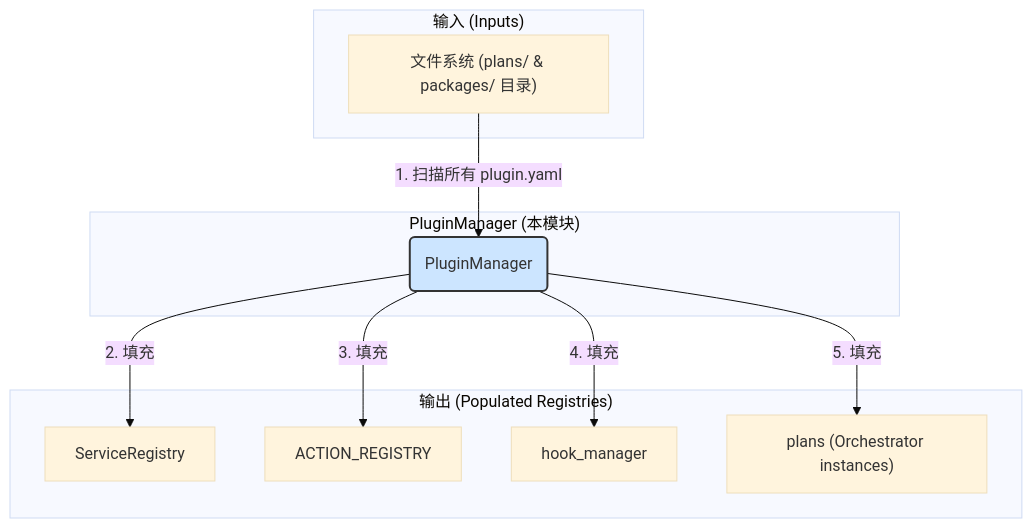
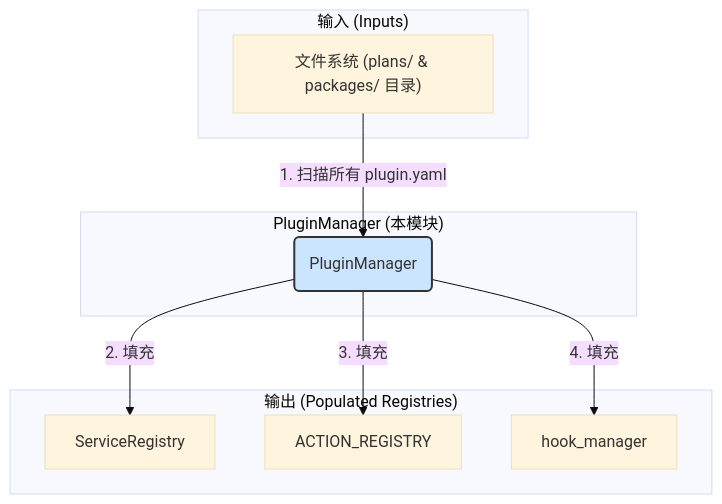
One commit to nightofknife/aura-framework changed the diagram in readme/core_doc/plugin_manager.md. Above: the diagram before and after it, drawn with Mermaid (base theme). The commit also changed other lines of this file and 22 other files, not shown here.

````diff
--- a/readme/core_doc/plugin_manager.md
+++ b/readme/core_doc/plugin_manager.md
@@ -14,25 +16,23 @@
 ```mermaid
 graph TD
     subgraph "输入 (Inputs)"
         A["文件系统 (plans/ & packages/ 目录)"]
     end
 
     subgraph "PluginManager (本模块)"
         PM(PluginManager)
     end
     
     subgraph "输出 (Populated Registries)"
         SR[ServiceRegistry]
         AR[ACTION_REGISTRY]
         HM[hook_manager]
-        Plans["plans (Orchestrator instances)"]
     end
 
     A -- "1. 扫描所有 plugin.yaml" --> PM
     PM -- "2. 填充" --> SR
     PM -- "3. 填充" --> AR
     PM -- "4. 填充" --> HM
-    PM -- "5. 填充" --> Plans
 
     style PM fill:#cce5ff,stroke:#333,stroke-width:2px
 ```
````
